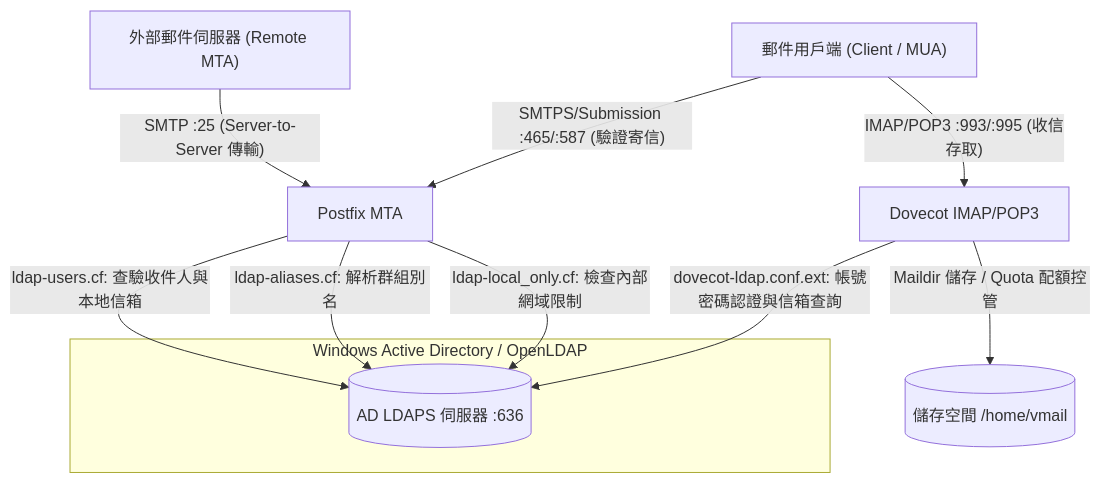
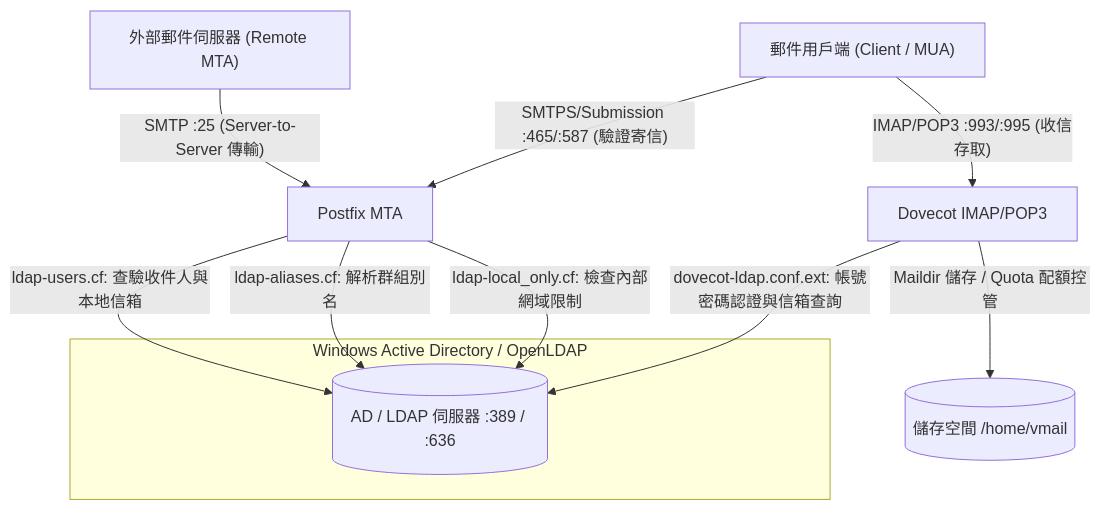
Before and after one commit to WilliamFromTW/docker-Postfix-AD: the first of 4 diagrams in ARCHITECTURE.zh-TW.md, drawn with Mermaid. The commit also changed other lines of this file and 17 other files, not shown here.

Commit message:
feat(ldap): support configurable LDAP/LDAPS port with ENABLE_LDAPS (default 389)

````diff
--- a/ARCHITECTURE.zh-TW.md
+++ b/ARCHITECTURE.zh-TW.md
@@ -21,16 +21,16 @@
 ```mermaid
 graph TD
     RemoteMTA["外部郵件伺服器 (Remote MTA)"] -->|"SMTP :25 (Server-to-Server 傳輸)"| Postfix["Postfix MTA"]
     Client["郵件用戶端 (Client / MUA)"] -->|"SMTPS/Submission :465/:587 (驗證寄信)"| Postfix
     Client -->|"IMAP/POP3 :993/:995 (收信存取)"| Dovecot["Dovecot IMAP/POP3"]
     
     subgraph AD_DC ["Windows Active Directory / OpenLDAP"]
-        AD[("AD LDAPS 伺服器 :636")]
+        AD[("AD / LDAP 伺服器 :389 / :636")]
     end
 
     Postfix -->|ldap-users.cf: 查驗收件人與本地信箱| AD
     Postfix -->|ldap-aliases.cf: 解析群組別名| AD
     Postfix -->|ldap-local_only.cf: 檢查內部網域限制| AD
     Dovecot -->|dovecot-ldap.conf.ext: 帳號密碼認證與信箱查詢| AD
     Dovecot -->|Maildir 儲存 / Quota 配額控管| VMail[("儲存空間 /home/vmail")]
 ```
````
